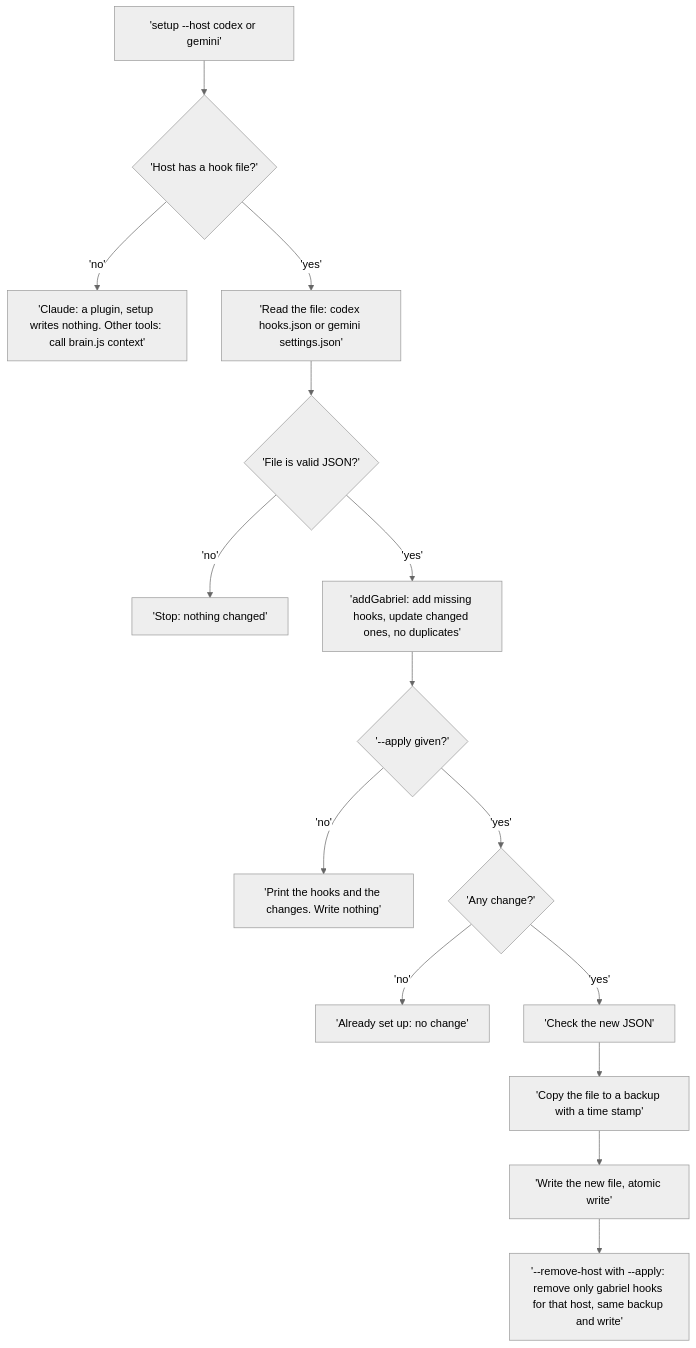
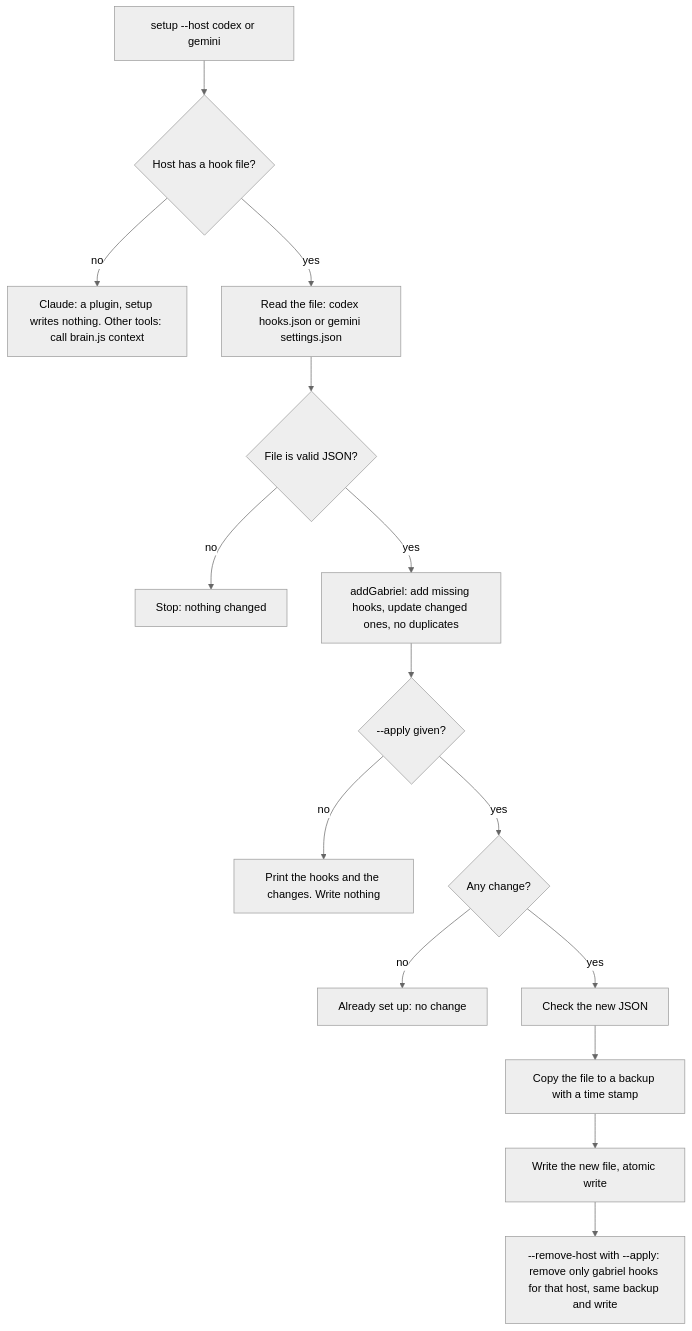
Before and after one commit to ThanhNVan/gabriel-plugin: the eighth of 10 diagrams in docs/WORKFLOWS.md, drawn with Mermaid (neutral theme). The commit also changed other lines of this file and 20 other files, not shown here.

````diff
--- a/docs/WORKFLOWS.md
+++ b/docs/WORKFLOWS.md
@@ -231,17 +231,17 @@
 ```mermaid
 flowchart TD
-  A['setup --host codex or gemini'] --> C1{'Host has a hook file?'}
-  C1 -- 'no' --> P0['Claude: a plugin, setup writes nothing. Other tools: call brain.js context']
-  C1 -- 'yes' --> R['Read the file: codex hooks.json or gemini settings.json']
-  R --> C2{'File is valid JSON?'}
-  C2 -- 'no' --> E1['Stop: nothing changed']
-  C2 -- 'yes' --> M['addGabriel: add missing hooks, update changed ones, no duplicates']
-  M --> C3{'--apply given?'}
-  C3 -- 'no' --> DR['Print the hooks and the changes. Write nothing']
-  C3 -- 'yes' --> C4{'Any change?'}
-  C4 -- 'no' --> AL['Already set up: no change']
-  C4 -- 'yes' --> CK['Check the new JSON']
-  CK --> BK['Copy the file to a backup with a time stamp']
-  BK --> W['Write the new file, atomic write']
-  W --> RM['--remove-host with --apply: remove only gabriel hooks for that host, same backup and write']
+  A["setup --host codex or gemini"] --> C1{"Host has a hook file?"}
+  C1 -- "no" --> P0["Claude: a plugin, setup writes nothing. Other tools: call brain.js context"]
+  C1 -- "yes" --> R["Read the file: codex hooks.json or gemini settings.json"]
+  R --> C2{"File is valid JSON?"}
+  C2 -- "no" --> E1["Stop: nothing changed"]
+  C2 -- "yes" --> M["addGabriel: add missing hooks, update changed ones, no duplicates"]
+  M --> C3{"--apply given?"}
+  C3 -- "no" --> DR["Print the hooks and the changes. Write nothing"]
+  C3 -- "yes" --> C4{"Any change?"}
+  C4 -- "no" --> AL["Already set up: no change"]
+  C4 -- "yes" --> CK["Check the new JSON"]
+  CK --> BK["Copy the file to a backup with a time stamp"]
+  BK --> W["Write the new file, atomic write"]
+  W --> RM["--remove-host with --apply: remove only gabriel hooks for that host, same backup and write"]
 ```
````
